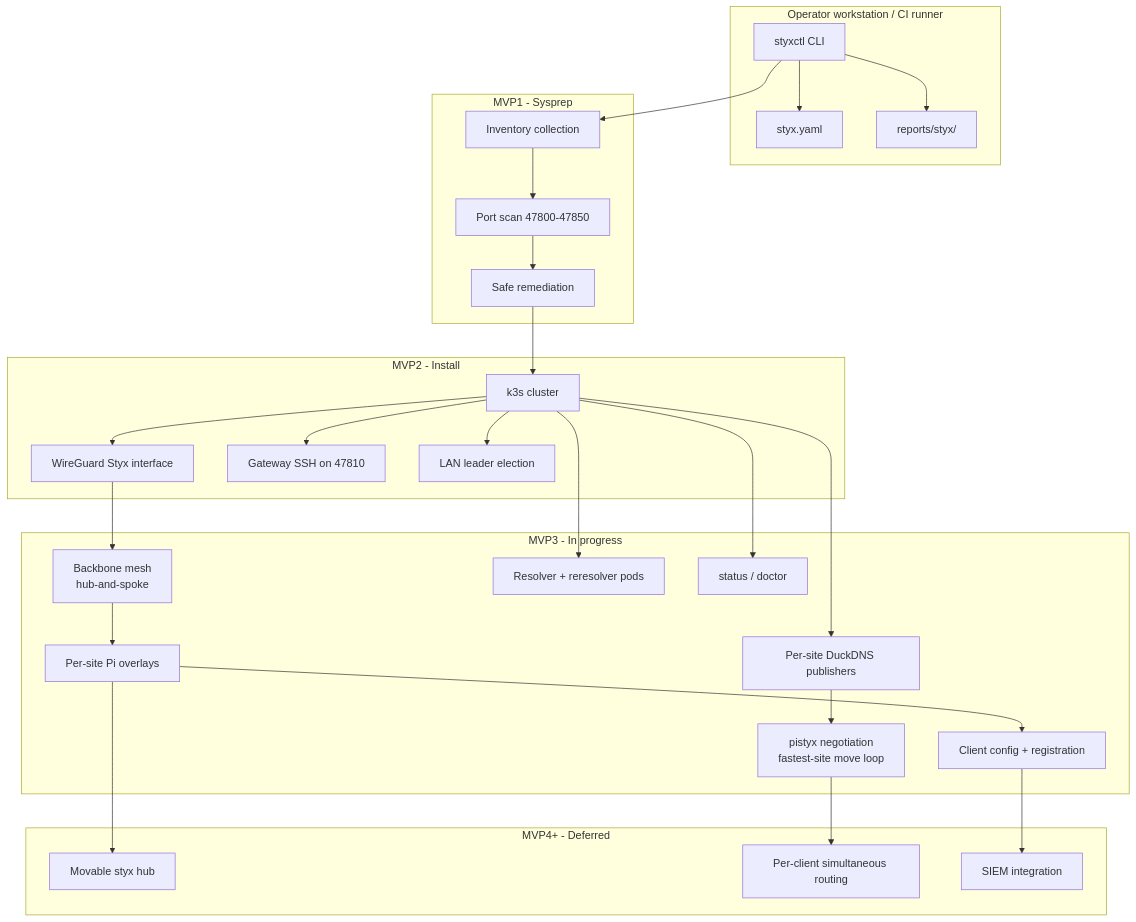
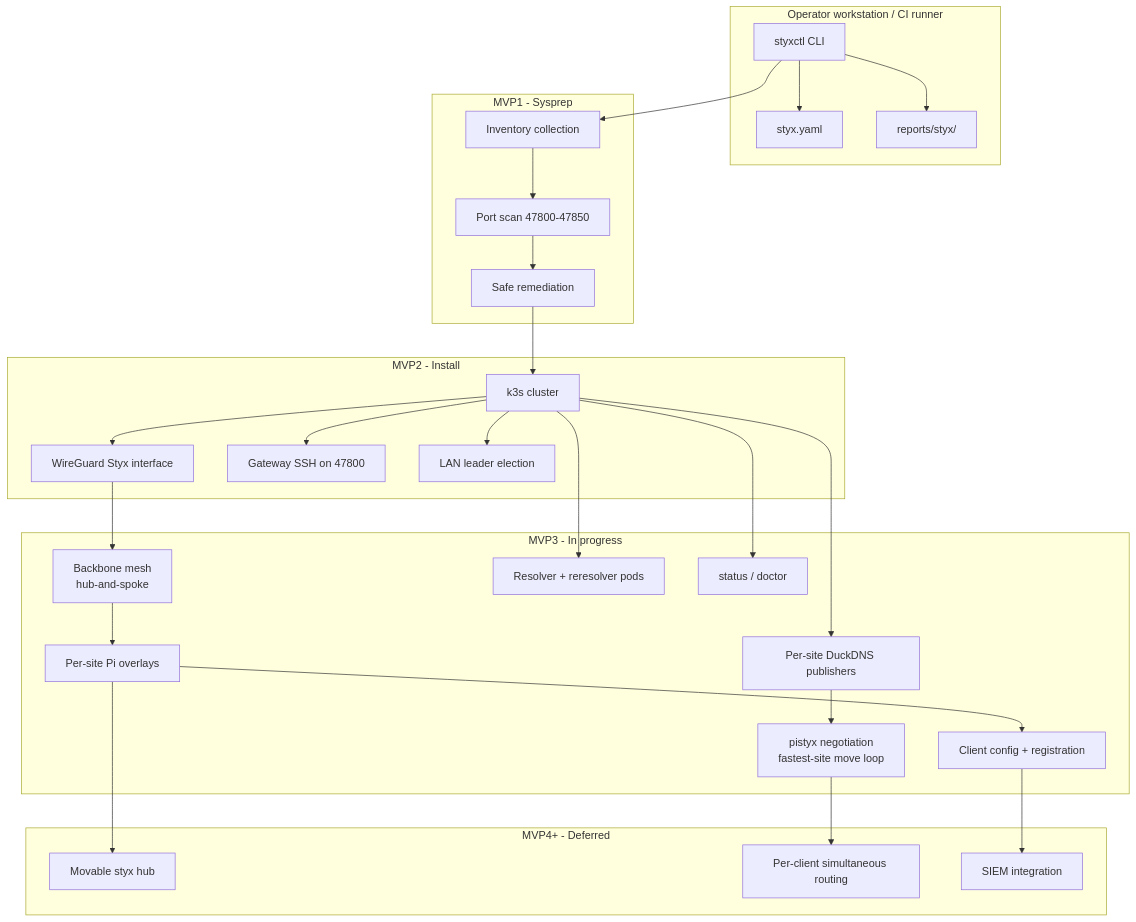
One commit to BradyWill42/styx changed the diagram in README.md. Above: the diagram before and after it, drawn with Mermaid. The commit also changed other lines of this file and 14 other files, not shown here.

First line of the commit message:
Co-locate gateway SSH on 47800/tcp and k3s API on 47801/tcp

````diff
--- a/README.md
+++ b/README.md
@@ -55,56 +55,56 @@
 ```mermaid
 flowchart TB
     subgraph operator["Operator workstation / CI runner"]
         CLI["styxctl CLI"]
         CFG["styx.yaml"]
         RPT["reports/styx/"]
     end
 
     subgraph mvp1["MVP1 - Sysprep"]
         INV["Inventory collection"]
         PORTS["Port scan 47800-47850"]
         SAFE["Safe remediation"]
     end
 
     subgraph mvp2["MVP2 - Install"]
         K3S["k3s cluster"]
         WG["WireGuard Styx interface"]
-        SSH["Gateway SSH on 47810"]
+        SSH["Gateway SSH on 47800"]
         LAN["LAN leader election"]
     end
 
     subgraph mvp3["MVP3 - In progress"]
         MESH["Backbone mesh\nhub-and-spoke"]
         SITEWG["Per-site Pi overlays"]
         DNS["Per-site DuckDNS publishers"]
         PODS["Resolver + reresolver pods"]
         HEALTH["status / doctor"]
         PISTYX["pistyx negotiation\nfastest-site move loop"]
         CLIENT["Client config + registration"]
     end
 
     subgraph future["MVP4+ - Deferred"]
         STYXHUB["Movable styx hub"]
         PERCLIENT["Per-client simultaneous routing"]
         SIEM["SIEM integration"]
     end
 
     CLI --> CFG
     CLI --> INV --> PORTS
     PORTS --> SAFE
     SAFE --> K3S
     K3S --> SSH
     K3S --> LAN
     K3S --> WG
     WG --> MESH
     K3S --> DNS
     K3S --> PODS
     K3S --> HEALTH
     CLI --> RPT
     MESH --> SITEWG
     DNS --> PISTYX
     SITEWG --> CLIENT
     PISTYX --> PERCLIENT
     SITEWG --> STYXHUB
     CLIENT --> SIEM
 ```
````
